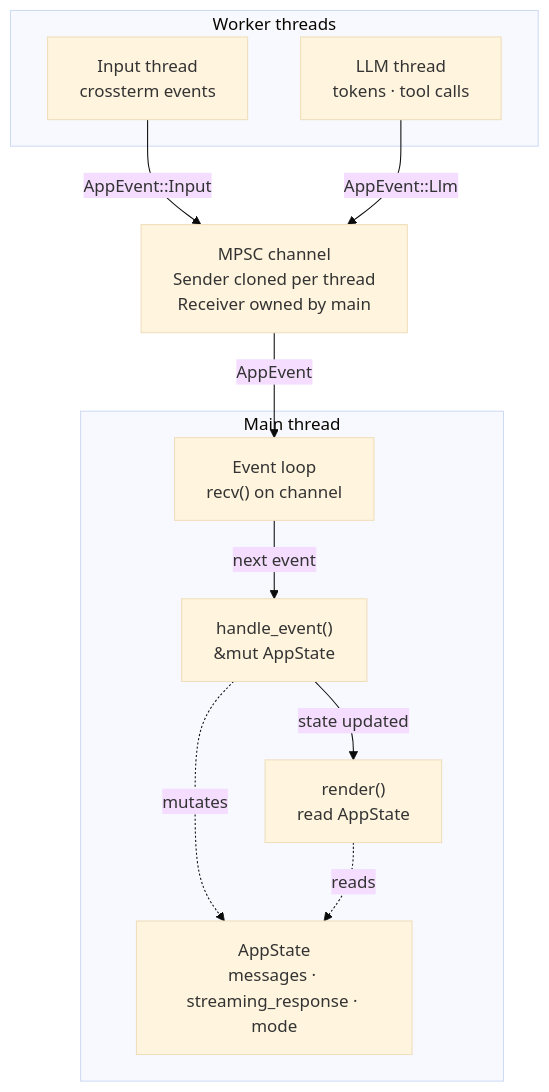
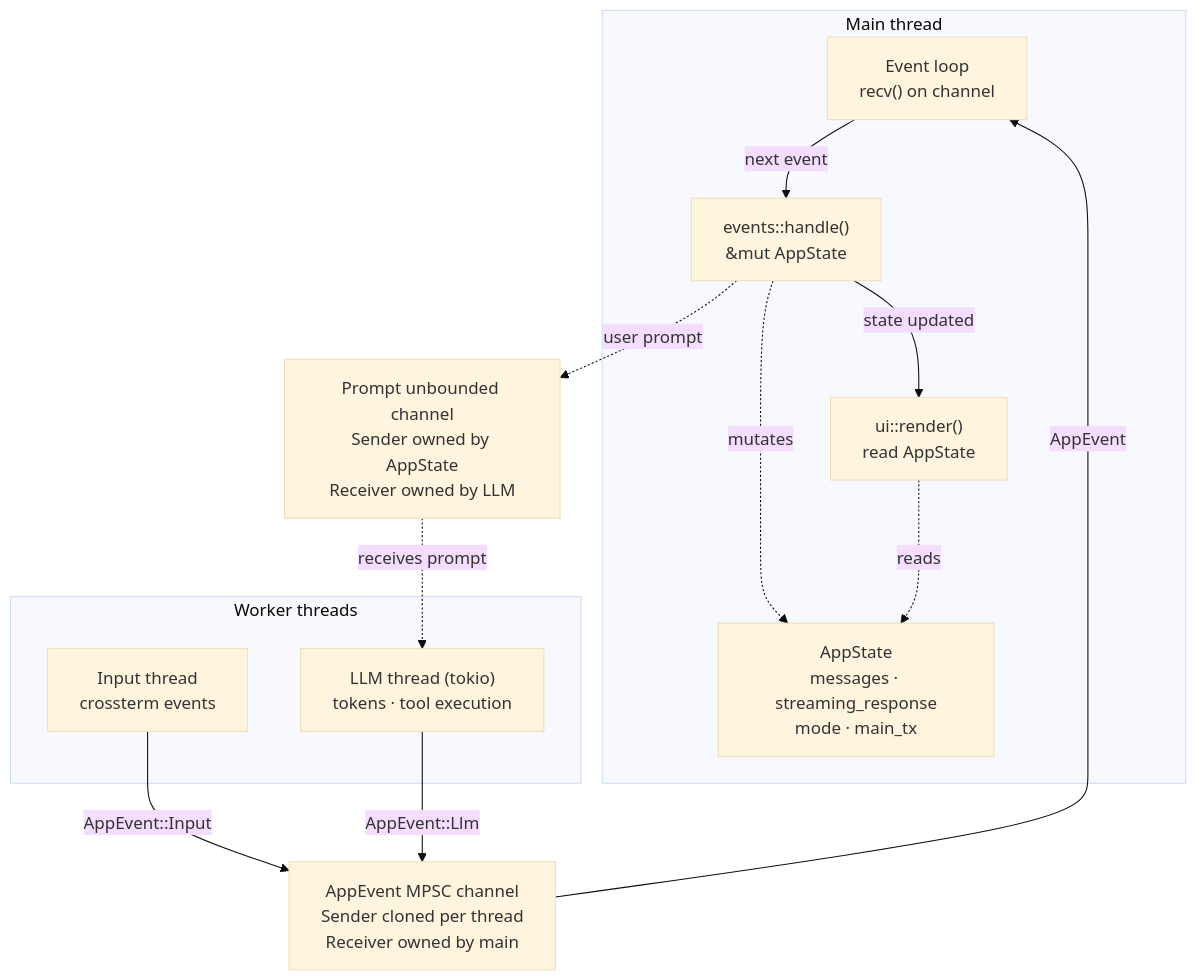
The diagram in README.md (chriswmann/chris-code), drawn with Mermaid (base theme) before and after one commit. The commit also changed 8 other files, not shown here.

Commit message:
Update design to allow messages to be passed to LLM thread and start wiring things up

````diff
--- a/README.md
+++ b/README.md
@@ -5,25 +5,28 @@
 ```mermaid
 flowchart TB
     subgraph main["Main thread"]
         loop["Event loop\nrecv() on channel"]
-        handler["handle_event()\n&mut AppState"]
-        render["render()\nread AppState"]
-        state["AppState\nmessages · streaming_response · mode"]
+        handler["events::handle()\n&mut AppState"]
+        render["ui::render()\nread AppState"]
+        state["AppState\nmessages · streaming_response\nmode · main_tx"]
 
         loop -->|next event| handler
         handler -->|state updated| render
         handler -.->|mutates| state
         render -.->|reads| state
     end
 
     subgraph workers["Worker threads"]
         input["Input thread\ncrossterm events"]
-        llm["LLM thread\ntokens · tool calls"]
+        llm["LLM thread (tokio)\ntokens · tool execution"]
     end
 
-    channel["MPSC channel\nSender cloned per thread\nReceiver owned by main"]
+    channel["AppEvent MPSC channel\nSender cloned per thread\nReceiver owned by main"]
+    prompt_channel["Prompt unbounded channel\nSender owned by AppState\nReceiver owned by LLM"]
 
     input -->|AppEvent::Input| channel
     llm -->|AppEvent::Llm| channel
     channel -->|AppEvent| loop
+    handler -.->|user prompt| prompt_channel
+    prompt_channel -.->|receives prompt| llm
 ```
````
